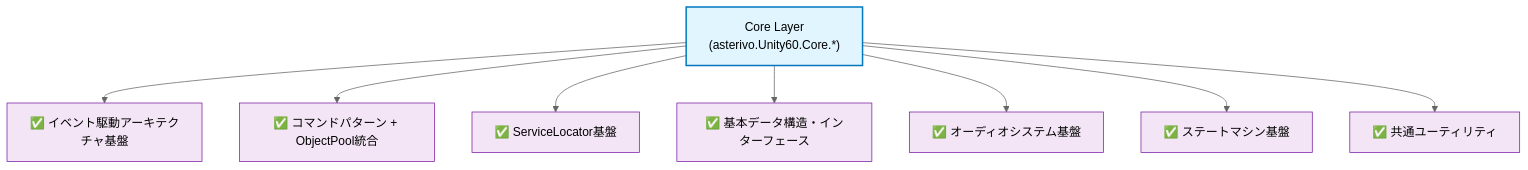
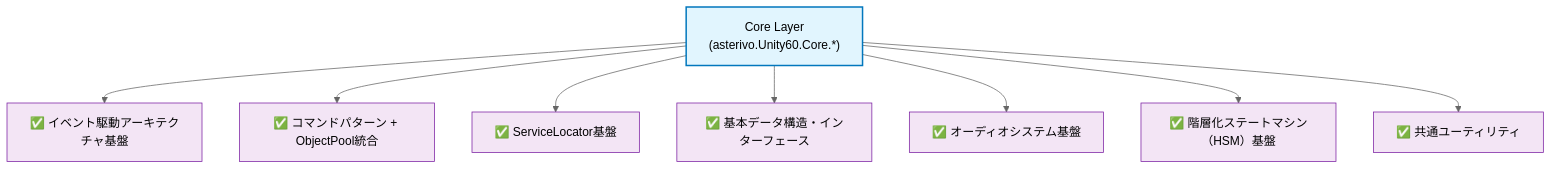
Before and after one commit to u-satoru/URP3D_Base01: the first of 7 diagrams in DESIGN.md, drawn with Mermaid (neutral theme). The commit also changed other lines of this file and 378 other files, not shown here.

````diff
--- a/DESIGN.md
+++ b/DESIGN.md
@@ -41,16 +41,16 @@
 ```mermaid
 flowchart TD
     A["Core Layer<br/>(asterivo.Unity60.Core.*)"] --> B["✅ イベント駆動アーキテクチャ基盤"]
     A --> C["✅ コマンドパターン + ObjectPool統合"]
     A --> D["✅ ServiceLocator基盤"]
     A --> E["✅ 基本データ構造・インターフェース"]
     A --> F["✅ オーディオシステム基盤"]
-    A --> G["✅ ステートマシン基盤"]
+    A --> G["✅ 階層化ステートマシン（HSM）基盤"]
     A --> H["✅ 共通ユーティリティ"]
 
     classDef coreLayer fill:#e1f5fe,stroke:#0277bd,stroke-width:2px,color:#000
     classDef coreFeature fill:#f3e5f5,stroke:#7b1fa2,stroke-width:1px,color:#000
 
     class A coreLayer
     class B,C,D,E,F,G,H coreFeature
 ```
````
